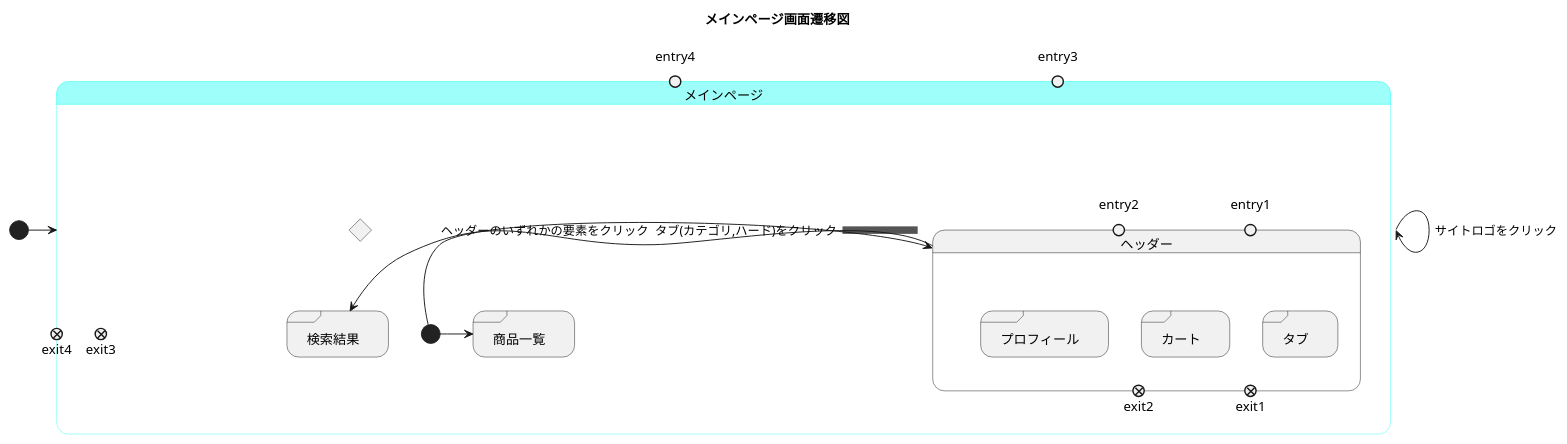
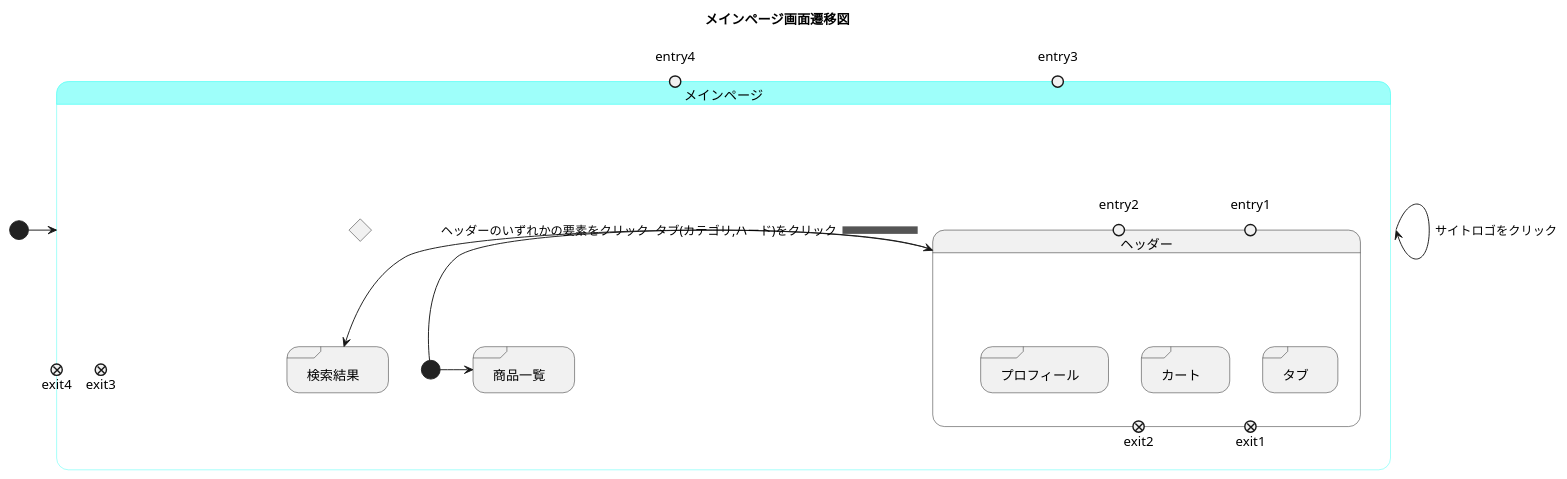
One commit to akutori/T-D-E changed the diagram in メインページ.md. Above: the diagram before and after it, drawn with PlantUML.

Commit message:
追加

````diff
--- a/メインページ.md
+++ b/メインページ.md
@@ -1,39 +1,39 @@
 ```uml
 @startuml
 title メインページ画面遷移図
 
 [*]->メインページ
 state メインページ<<mainpage>>{
     state join_header <<join>>
     state ifinputmain <<choice>>
 
     state "検索結果" as serch <<sdlreceive>>
     state "商品一覧" as goods<<sdlreceive>>
 
     state entry3<<entryPoint>>
     state entry4<<entryPoint>>
 
     state exit3<<exitPoint>>
     state exit4<<exitPoint>>
 
     [*]->goods
     メインページ -> メインページ : サイトロゴをクリック
     [*]-> ヘッダー : ヘッダーのいずれかの要素をクリック
     ヘッダー->serch :タブ(カテゴリ,ハード)をクリック
-    state ヘッダー{
+    state ヘッダー<<state_headder>>{
     state "タブ" as tab <<sdlreceive>>
     state "カート" as cart <<sdlreceive>>
     state "プロフィール" as profile <<sdlreceive>>
     state entry1<<entryPoint>>
     state entry2<<entryPoint>>
     state exit1<<exitPoint>>
     state exit2<<exitPoint>>
 }
 }
 
 
 skinparam stateBorderColor<<mainpage>> #40fff5
 state メインページ #9efffa
 
 @enduml
 ```
````
